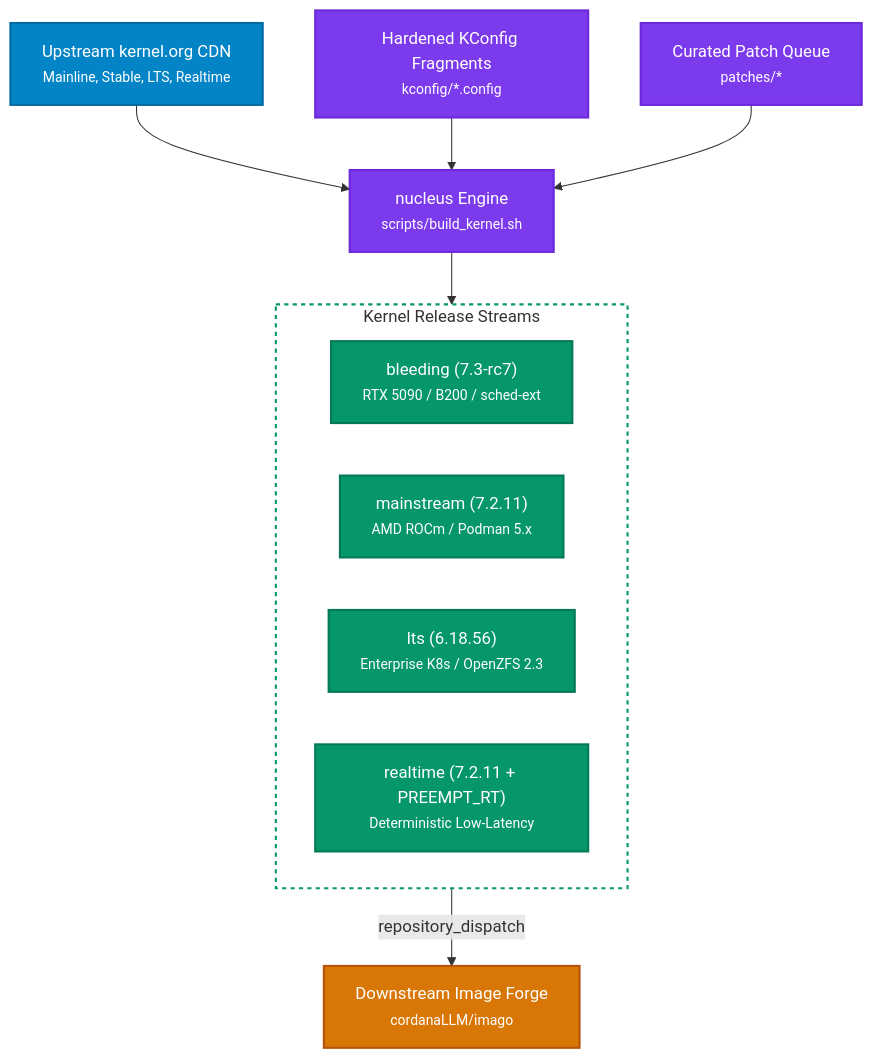
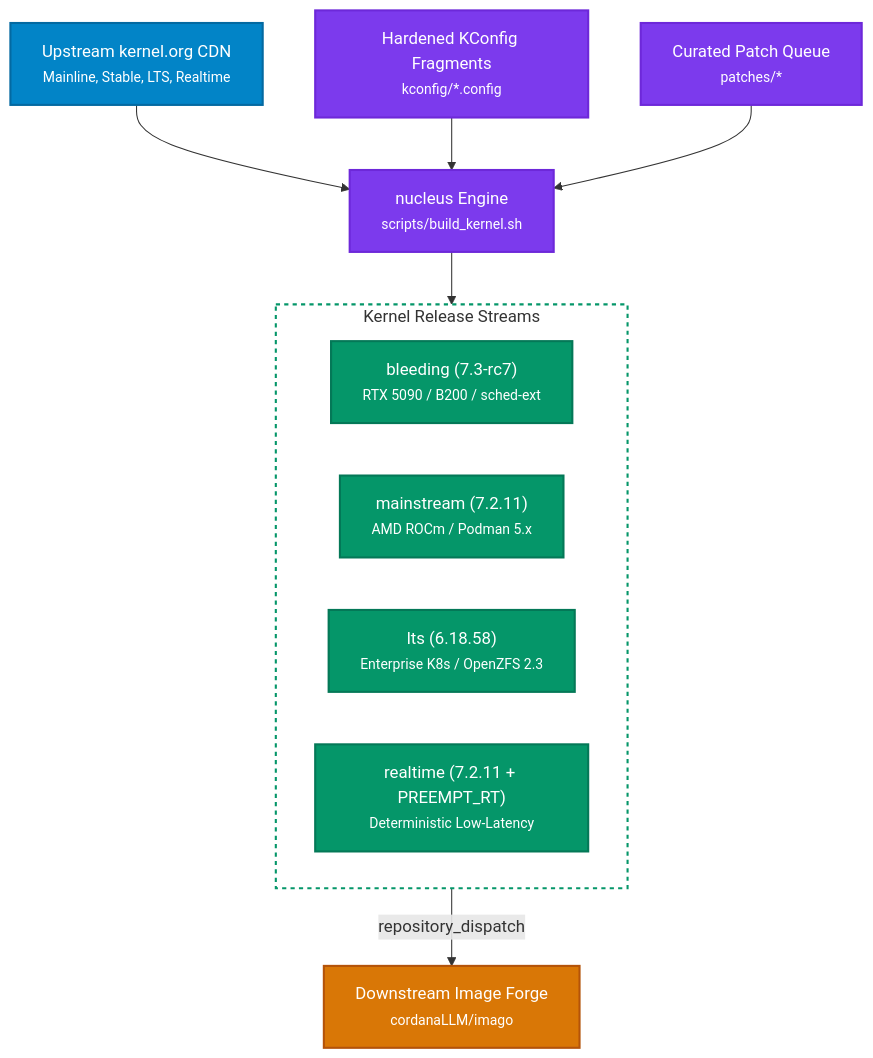
Before and after one commit to cordanaLLM/nucleus: the diagram in README.md, drawn with Mermaid. The commit also changed other lines of this file and 15 other files, not shown here.

````diff
--- a/README.md
+++ b/README.md
@@ -49,29 +49,29 @@
 ```mermaid
 flowchart TD
     classDef upstream fill:#0284c7,stroke:#0369a1,stroke-width:2px,color:#ffffff
     classDef engine fill:#7c3aed,stroke:#6d28d9,stroke-width:2px,color:#ffffff
     classDef stream fill:#059669,stroke:#047857,stroke-width:2px,color:#ffffff
     classDef dest fill:#d97706,stroke:#b45309,stroke-width:2px,color:#ffffff
 
     Upstream["Upstream kernel.org CDN<br/><small>Mainline, Stable, LTS, Realtime</small>"]:::upstream
     Forge["nucleus Engine<br/><small>scripts/build_kernel.sh</small>"]:::engine
     KConfig["Hardened KConfig Fragments<br/><small>kconfig/*.config</small>"]:::engine
     Patches["Curated Patch Queue<br/><small>patches/*</small>"]:::engine
 
     subgraph Streams["Kernel Release Streams"]
         Bleeding["bleeding (7.3-rc7)<br/><small>RTX 5090 / B200 / sched-ext</small>"]:::stream
         Mainstream["mainstream (7.2.11)<br/><small>AMD ROCm / Podman 5.x</small>"]:::stream
-        LTS["lts (6.18.56)<br/><small>Enterprise K8s / OpenZFS 2.3</small>"]:::stream
+        LTS["lts (6.18.58)<br/><small>Enterprise K8s / OpenZFS 2.3</small>"]:::stream
         RT["realtime (7.2.11 + PREEMPT_RT)<br/><small>Deterministic Low-Latency</small>"]:::stream
     end
 
     Downstream["Downstream Image Forge<br/><small>cordanaLLM/imago</small>"]:::dest
 
     Upstream --> Forge
     KConfig --> Forge
     Patches --> Forge
     Forge --> Streams
     Streams -->|"repository_dispatch"| Downstream
 
     style Streams fill:none,stroke:#059669,stroke-width:2px,stroke-dasharray: 4 4
 ```
````
